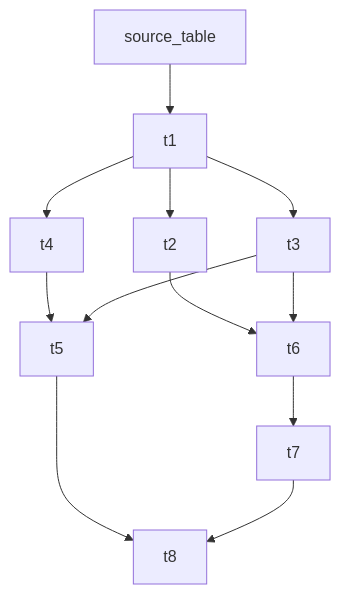
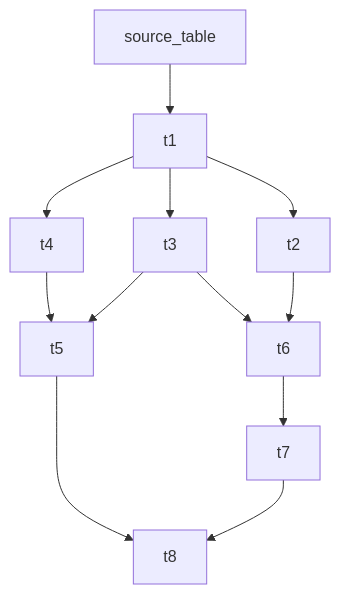
Before and after one commit to caitpj/SQL-WatchPup: the diagram in lineage_mapper/output/lineage.md, drawn with Mermaid. The commit also changed other lines of this file and 1 other file, not shown here.

````diff
--- a/lineage_mapper/output/lineage.md
+++ b/lineage_mapper/output/lineage.md
@@ -1,14 +1,14 @@
 ```mermaid
 flowchart TD
+    t3-->t5
     t2-->t6
-    t1-->t2
+    t1-->t4
+    t5-->t8
+    t6-->t7
+    t3-->t6
+    t7-->t8
     t4-->t5
     t1-->t3
-    t5-->t8
-    t7-->t8
-    t6-->t7
-    t3-->t5
-    t1-->t4
-    t3-->t6
     source_table-->t1
+    t1-->t2
 ```
````
